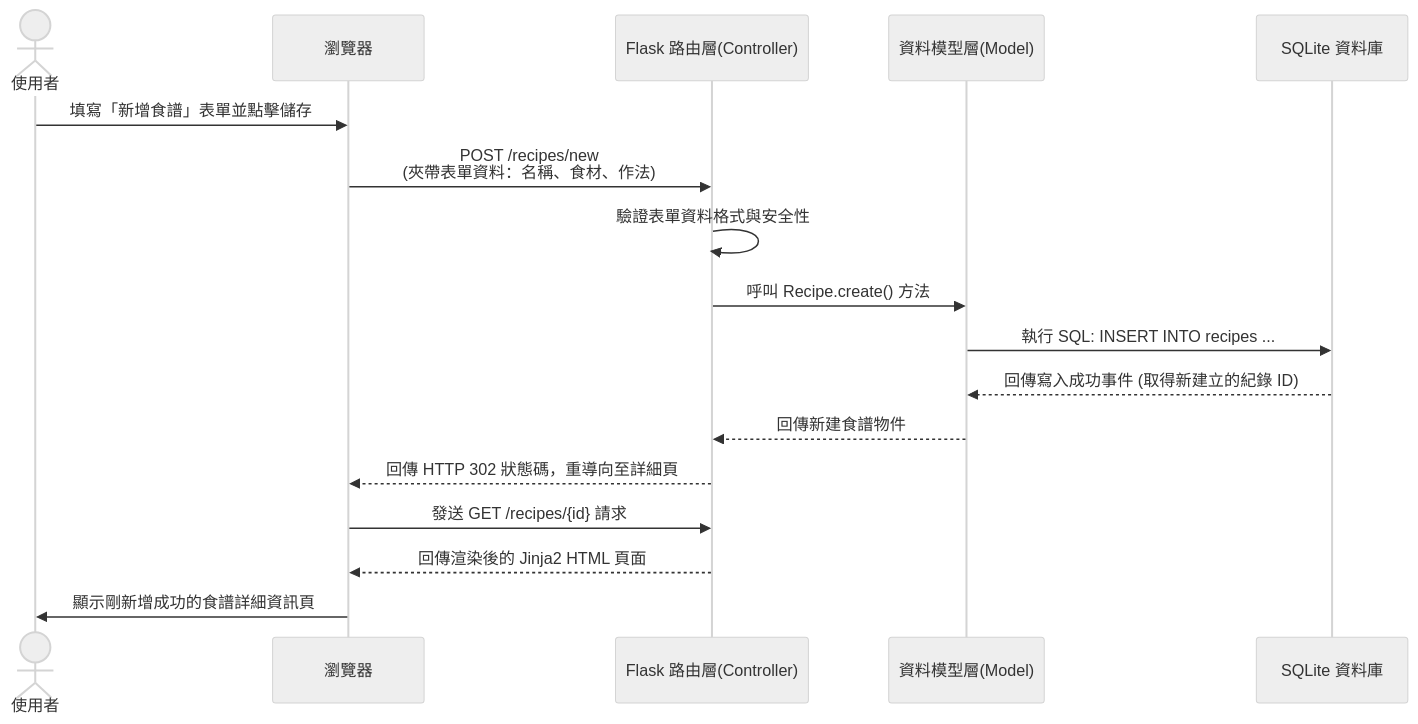
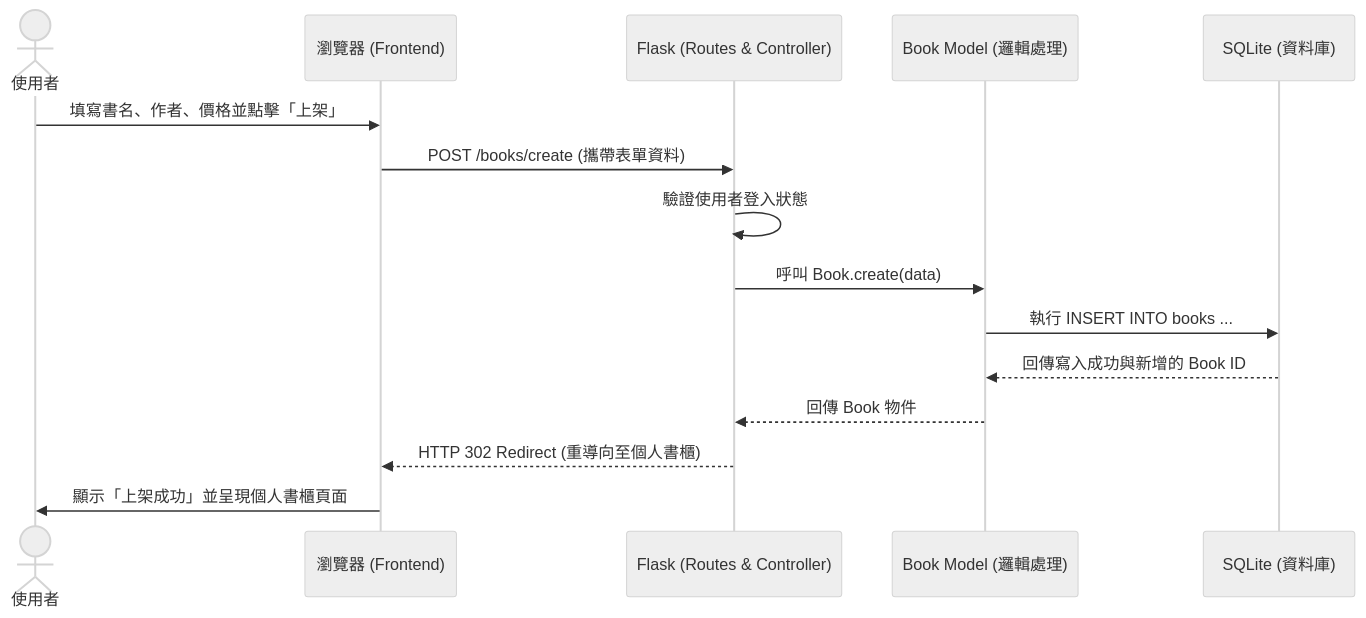
The second of 2 diagrams in docs/FLOWCHART.md (D1420337/web_app_development), drawn with Mermaid (neutral theme) before and after one commit. The commit also changed other lines of this file, not shown here.

Commit message:
docs: add user flowchart

````diff
--- a/docs/FLOWCHART.md
+++ b/docs/FLOWCHART.md
@@ -35,20 +39,18 @@
 ```mermaid
 sequenceDiagram
     actor User as 使用者
-    participant Browser as 瀏覽器
-    participant Flask as Flask 路由層(Controller)
-    participant Model as 資料模型層(Model)
-    participant DB as SQLite 資料庫
-    
-    User->>Browser: 填寫「新增食譜」表單並點擊儲存
-    Browser->>Flask: POST /recipes/new<br/>(夾帶表單資料：名稱、食材、作法)
-    Flask->>Flask: 驗證表單資料格式與安全性
-    Flask->>Model: 呼叫 Recipe.create() 方法
-    Model->>DB: 執行 SQL: INSERT INTO recipes ...
-    DB-->>Model: 回傳寫入成功事件 (取得新建立的紀錄 ID)
-    Model-->>Flask: 回傳新建食譜物件
-    Flask-->>Browser: 回傳 HTTP 302 狀態碼，重導向至詳細頁
-    Browser->>Flask: 發送 GET /recipes/{id} 請求
-    Flask-->>Browser: 回傳渲染後的 Jinja2 HTML 頁面
-    Browser->>User: 顯示剛新增成功的食譜詳細資訊頁
+    participant Browser as 瀏覽器 (Frontend)
+    participant Flask as Flask (Routes & Controller)
+    participant Model as Book Model (邏輯處理)
+    participant DB as SQLite (資料庫)
+
+    User->>Browser: 填寫書名、作者、價格並點擊「上架」
+    Browser->>Flask: POST /books/create (攜帶表單資料)
+    Flask->>Flask: 驗證使用者登入狀態
+    Flask->>Model: 呼叫 Book.create(data)
+    Model->>DB: 執行 INSERT INTO books ...
+    DB-->>Model: 回傳寫入成功與新增的 Book ID
+    Model-->>Flask: 回傳 Book 物件
+    Flask-->>Browser: HTTP 302 Redirect (重導向至個人書櫃)
+    Browser->>User: 顯示「上架成功」並呈現個人書櫃頁面
 ```
````
